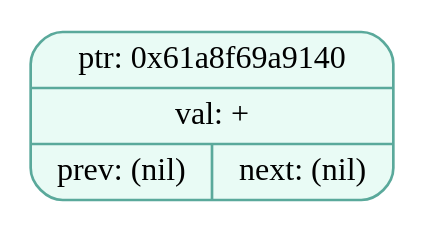
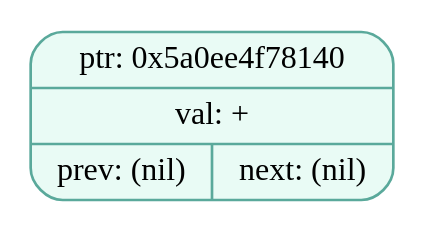
One commit to EvilTomato9890/Difference changed the diagram in dumps/tree_dump_000.dot. Above: the diagram before and after it, drawn with Graphviz. The commit also changed 30 other files, not shown here.

```diff
--- a/dumps/tree_dump_000.dot
+++ b/dumps/tree_dump_000.dot
@@ -1,5 +1,5 @@
 digraph T{
   node [fontname="Fira Mono",shape=record,style="filled,rounded",fontsize=12];
   graph [splines=true, nodesep=0.6, ranksep=0.6];
-  node_0x61a8f69a9140[shape=record,label="{ {ptr: 0x61a8f69a9140} | {val: +} | { prev: (nil) | next: (nil) } }",color="#5aa99b",fillcolor="#e9fbf5"];
+  node_0x5a0ee4f78140[shape=record,label="{ {ptr: 0x5a0ee4f78140} | {val: +} | { prev: (nil) | next: (nil) } }",color="#5aa99b",fillcolor="#e9fbf5"];
 }
```
